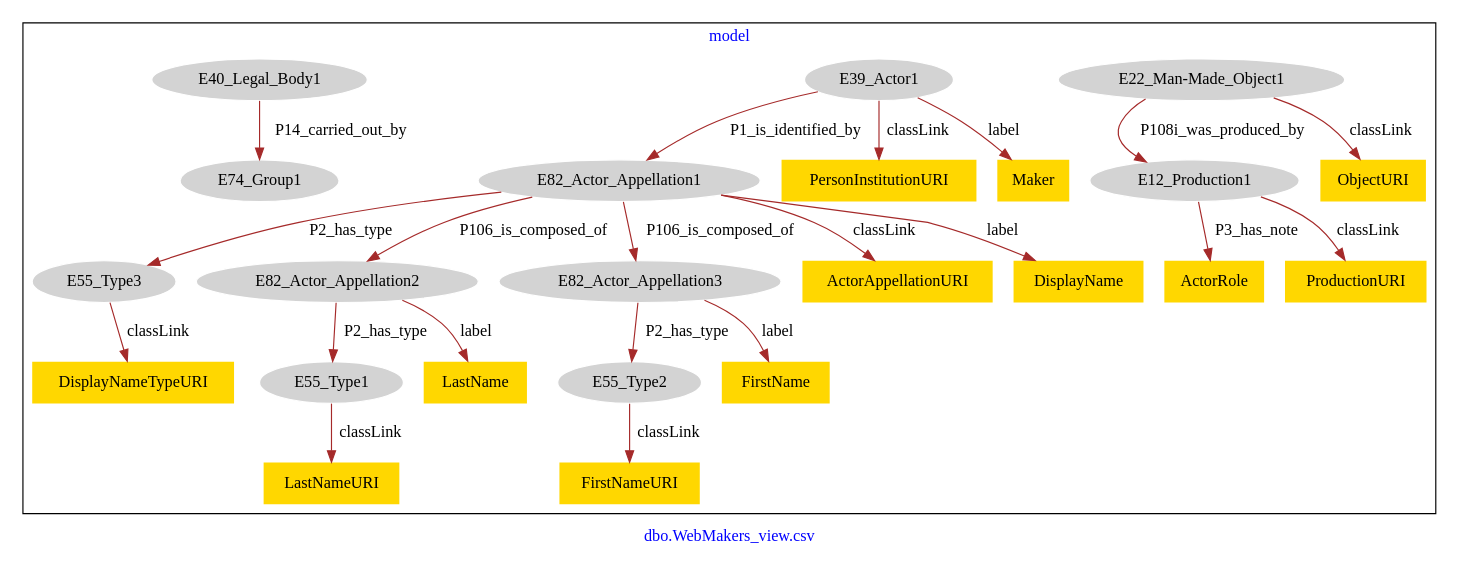
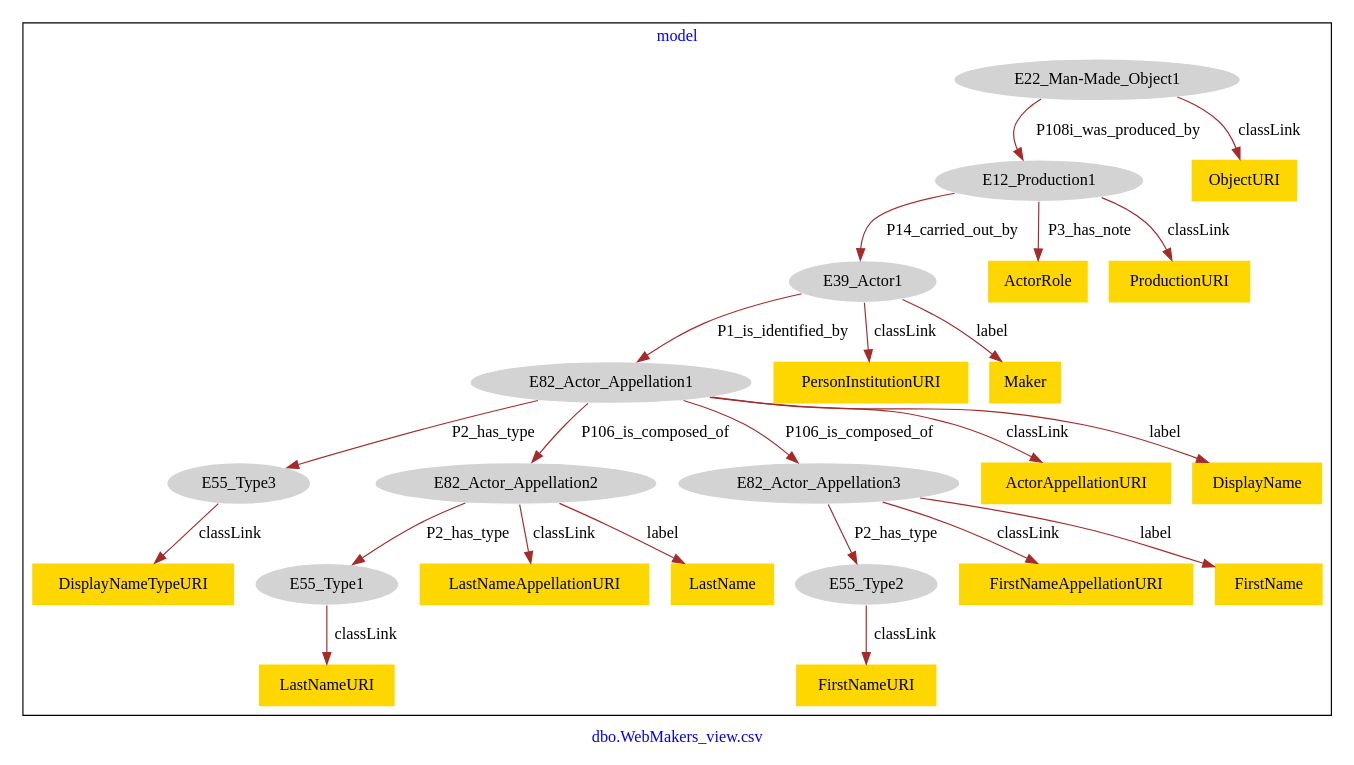
The diagram in models-graphviz/dbo.WebMakers_view.csv.model.dot (usc-isi-i2/saam-lod), drawn with Graphviz before and after one commit. The commit also changed 150 other files, not shown here.

```diff
--- a/models-graphviz/dbo.WebMakers_view.csv.model.dot
+++ b/models-graphviz/dbo.WebMakers_view.csv.model.dot
@@ -1,51 +1,53 @@
 digraph n0 {
 fontcolor="blue"
 remincross="true"
 label="dbo.WebMakers_view.csv"
 subgraph cluster {
 label="model"
 n2[style="filled",color="white",fillcolor="lightgray",label="E12_Production1"];
-n3[shape="plaintext",style="filled",fillcolor="gold",label="ActorRole"];
-n4[shape="plaintext",style="filled",fillcolor="gold",label="ProductionURI"];
-n5[style="filled",color="white",fillcolor="lightgray",label="E22_Man-Made_Object1"];
-n6[shape="plaintext",style="filled",fillcolor="gold",label="ObjectURI"];
-n7[style="filled",color="white",fillcolor="lightgray",label="E39_Actor1"];
+n3[style="filled",color="white",fillcolor="lightgray",label="E39_Actor1"];
+n4[shape="plaintext",style="filled",fillcolor="gold",label="ActorRole"];
+n5[shape="plaintext",style="filled",fillcolor="gold",label="ProductionURI"];
+n6[style="filled",color="white",fillcolor="lightgray",label="E22_Man-Made_Object1"];
+n7[shape="plaintext",style="filled",fillcolor="gold",label="ObjectURI"];
 n8[style="filled",color="white",fillcolor="lightgray",label="E82_Actor_Appellation1"];
 n9[shape="plaintext",style="filled",fillcolor="gold",label="PersonInstitutionURI"];
 n10[shape="plaintext",style="filled",fillcolor="gold",label="Maker"];
-n11[style="filled",color="white",fillcolor="lightgray",label="E40_Legal_Body1"];
-n12[style="filled",color="white",fillcolor="lightgray",label="E74_Group1"];
-n13[style="filled",color="white",fillcolor="lightgray",label="E55_Type1"];
-n14[shape="plaintext",style="filled",fillcolor="gold",label="LastNameURI"];
-n15[style="filled",color="white",fillcolor="lightgray",label="E55_Type2"];
-n16[shape="plaintext",style="filled",fillcolor="gold",label="FirstNameURI"];
-n17[style="filled",color="white",fillcolor="lightgray",label="E55_Type3"];
-n18[shape="plaintext",style="filled",fillcolor="gold",label="DisplayNameTypeURI"];
-n19[style="filled",color="white",fillcolor="lightgray",label="E82_Actor_Appellation2"];
-n20[style="filled",color="white",fillcolor="lightgray",label="E82_Actor_Appellation3"];
-n21[shape="plaintext",style="filled",fillcolor="gold",label="ActorAppellationURI"];
-n22[shape="plaintext",style="filled",fillcolor="gold",label="DisplayName"];
-n23[shape="plaintext",style="filled",fillcolor="gold",label="LastName"];
+n11[style="filled",color="white",fillcolor="lightgray",label="E55_Type1"];
+n12[shape="plaintext",style="filled",fillcolor="gold",label="LastNameURI"];
+n13[style="filled",color="white",fillcolor="lightgray",label="E55_Type2"];
+n14[shape="plaintext",style="filled",fillcolor="gold",label="FirstNameURI"];
+n15[style="filled",color="white",fillcolor="lightgray",label="E55_Type3"];
+n16[shape="plaintext",style="filled",fillcolor="gold",label="DisplayNameTypeURI"];
+n17[style="filled",color="white",fillcolor="lightgray",label="E82_Actor_Appellation2"];
+n18[style="filled",color="white",fillcolor="lightgray",label="E82_Actor_Appellation3"];
+n19[shape="plaintext",style="filled",fillcolor="gold",label="ActorAppellationURI"];
+n20[shape="plaintext",style="filled",fillcolor="gold",label="DisplayName"];
+n21[shape="plaintext",style="filled",fillcolor="gold",label="LastNameAppellationURI"];
+n22[shape="plaintext",style="filled",fillcolor="gold",label="LastName"];
+n23[shape="plaintext",style="filled",fillcolor="gold",label="FirstNameAppellationURI"];
 n24[shape="plaintext",style="filled",fillcolor="gold",label="FirstName"];
 }
-n2 -> n3[color="brown",fontcolor="black",label="P3_has_note"]
-n2 -> n4[color="brown",fontcolor="black",label="classLink"]
-n5 -> n2[color="brown",fontcolor="black",label="P108i_was_produced_by"]
-n5 -> n6[color="brown",fontcolor="black",label="classLink"]
-n7 -> n8[color="brown",fontcolor="black",label="P1_is_identified_by"]
-n7 -> n9[color="brown",fontcolor="black",label="classLink"]
-n7 -> n10[color="brown",fontcolor="black",label="label"]
-n11 -> n12[color="brown",fontcolor="black",label="P14_carried_out_by"]
+n2 -> n3[color="brown",fontcolor="black",label="P14_carried_out_by"]
+n2 -> n4[color="brown",fontcolor="black",label="P3_has_note"]
+n2 -> n5[color="brown",fontcolor="black",label="classLink"]
+n6 -> n2[color="brown",fontcolor="black",label="P108i_was_produced_by"]
+n6 -> n7[color="brown",fontcolor="black",label="classLink"]
+n3 -> n8[color="brown",fontcolor="black",label="P1_is_identified_by"]
+n3 -> n9[color="brown",fontcolor="black",label="classLink"]
+n3 -> n10[color="brown",fontcolor="black",label="label"]
+n11 -> n12[color="brown",fontcolor="black",label="classLink"]
 n13 -> n14[color="brown",fontcolor="black",label="classLink"]
 n15 -> n16[color="brown",fontcolor="black",label="classLink"]
-n17 -> n18[color="brown",fontcolor="black",label="classLink"]
-n8 -> n19[color="brown",fontcolor="black",label="P106_is_composed_of"]
-n8 -> n20[color="brown",fontcolor="black",label="P106_is_composed_of"]
-n8 -> n17[color="brown",fontcolor="black",label="P2_has_type"]
-n8 -> n21[color="brown",fontcolor="black",label="classLink"]
-n8 -> n22[color="brown",fontcolor="black",label="label"]
-n19 -> n13[color="brown",fontcolor="black",label="P2_has_type"]
-n19 -> n23[color="brown",fontcolor="black",label="label"]
-n20 -> n15[color="brown",fontcolor="black",label="P2_has_type"]
-n20 -> n24[color="brown",fontcolor="black",label="label"]
+n8 -> n17[color="brown",fontcolor="black",label="P106_is_composed_of"]
+n8 -> n18[color="brown",fontcolor="black",label="P106_is_composed_of"]
+n8 -> n15[color="brown",fontcolor="black",label="P2_has_type"]
+n8 -> n19[color="brown",fontcolor="black",label="classLink"]
+n8 -> n20[color="brown",fontcolor="black",label="label"]
+n17 -> n11[color="brown",fontcolor="black",label="P2_has_type"]
+n17 -> n21[color="brown",fontcolor="black",label="classLink"]
+n17 -> n22[color="brown",fontcolor="black",label="label"]
+n18 -> n13[color="brown",fontcolor="black",label="P2_has_type"]
+n18 -> n23[color="brown",fontcolor="black",label="classLink"]
+n18 -> n24[color="brown",fontcolor="black",label="label"]
 }
```
